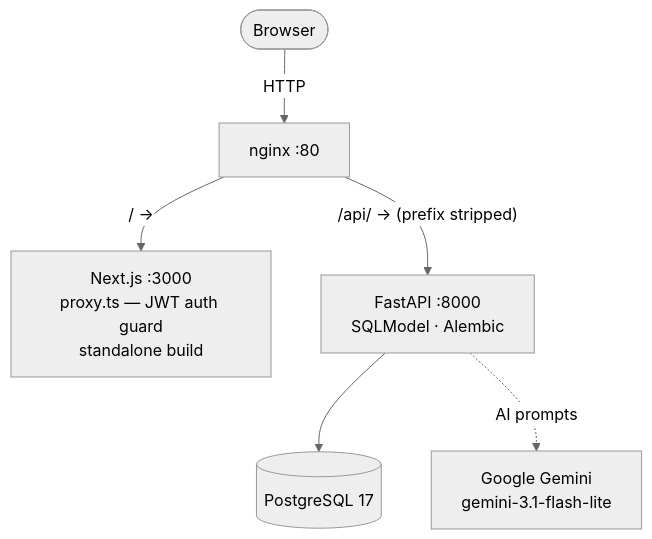
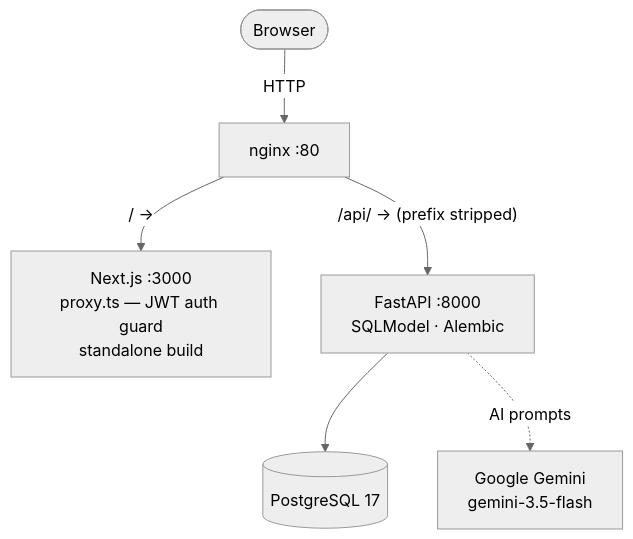
One commit to Luke035/tannino-incazzato changed the first of 4 diagrams in README.md. Above: the diagram before and after it, drawn with Mermaid (neutral theme). The commit also changed other lines of this file and 3 other files, not shown here.

Commit message:
chore: upgrade AI model to gemini-3.5-flash (#27)

````diff
--- a/README.md
+++ b/README.md
@@ -11,15 +11,15 @@
 ```mermaid
 graph TD
     Browser(["Browser"])
     nginx["nginx :80"]
     frontend["Next.js :3000\nproxy.ts — JWT auth guard\nstandalone build"]
     backend["FastAPI :8000\nSQLModel · Alembic"]
     db[("PostgreSQL 17")]
-    gemini["Google Gemini\ngemini-3.1-flash-lite"]
+    gemini["Google Gemini\ngemini-3.5-flash"]
 
     Browser -->|HTTP| nginx
     nginx -->|"/ → "| frontend
     nginx -->|"/api/ → (prefix stripped)"| backend
     backend --> db
     backend -.->|AI prompts| gemini
 ```
````
